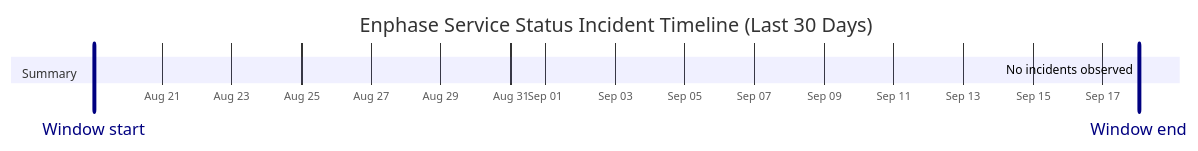
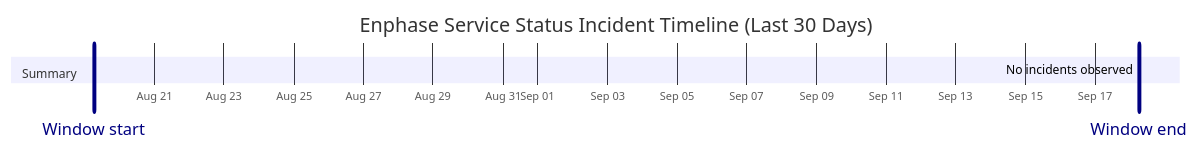
Before and after one commit to barneyonline/ha-enphase-energy: the diagram in wiki/Service-Status-History.md, drawn with Mermaid. The commit also changed other lines of this file and 3 other files, not shown here.

````diff
--- a/wiki/Service-Status-History.md
+++ b/wiki/Service-Status-History.md
@@ -14,10 +14,10 @@
 ```mermaid
 gantt
     title Enphase Service Status Incident Timeline (Last 30 Days)
     dateFormat  YYYY-MM-DDTHH:mm:ss
     axisFormat  %b %d
-    Window start :vert, window-start, 2026-08-19T01:02:06, 0ms
-    Window end :vert, window-end, 2026-09-18T01:02:06, 0ms
+    Window start :vert, window-start, 2026-08-19T06:18:56, 0ms
+    Window end :vert, window-end, 2026-09-18T06:18:56, 0ms
     section Summary
-    No incidents observed :done, 2026-09-18T01:02:06, 1m
+    No incidents observed :done, 2026-09-18T06:18:56, 1m
 ```
````
